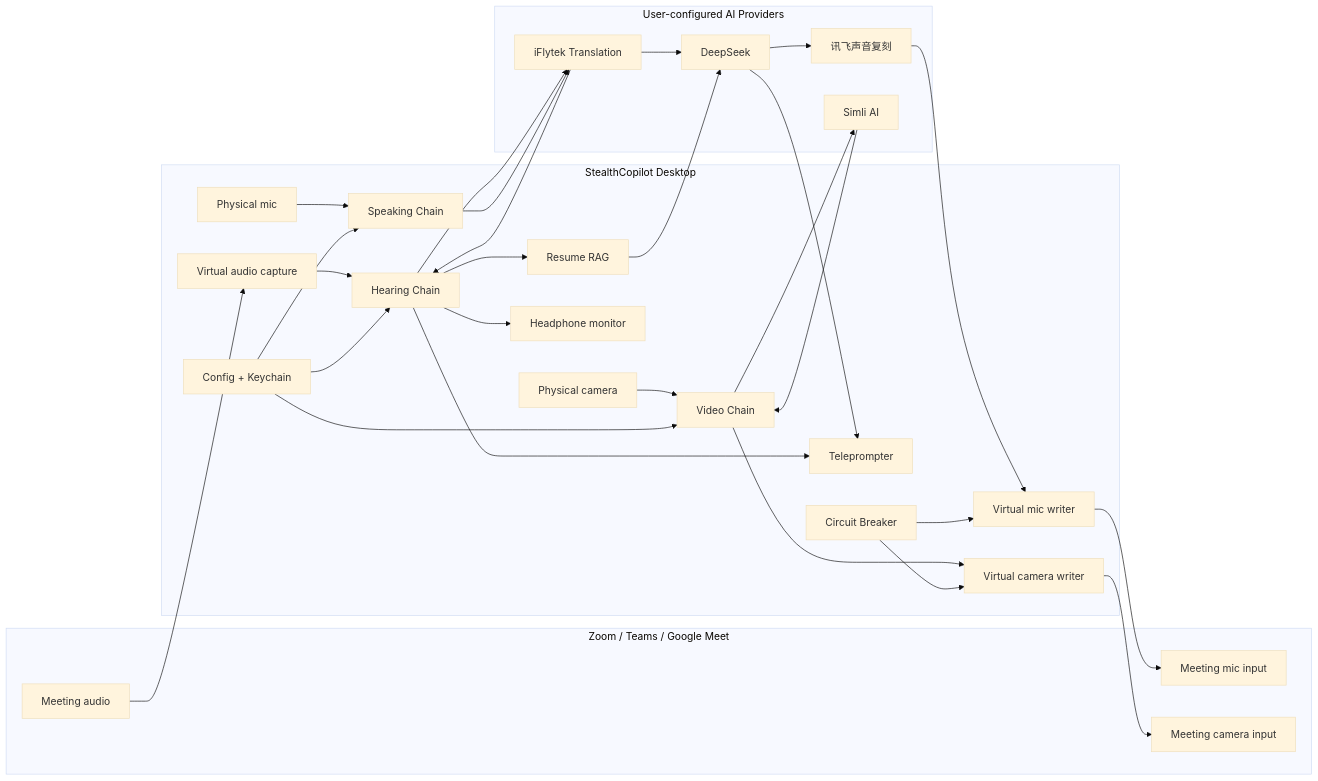
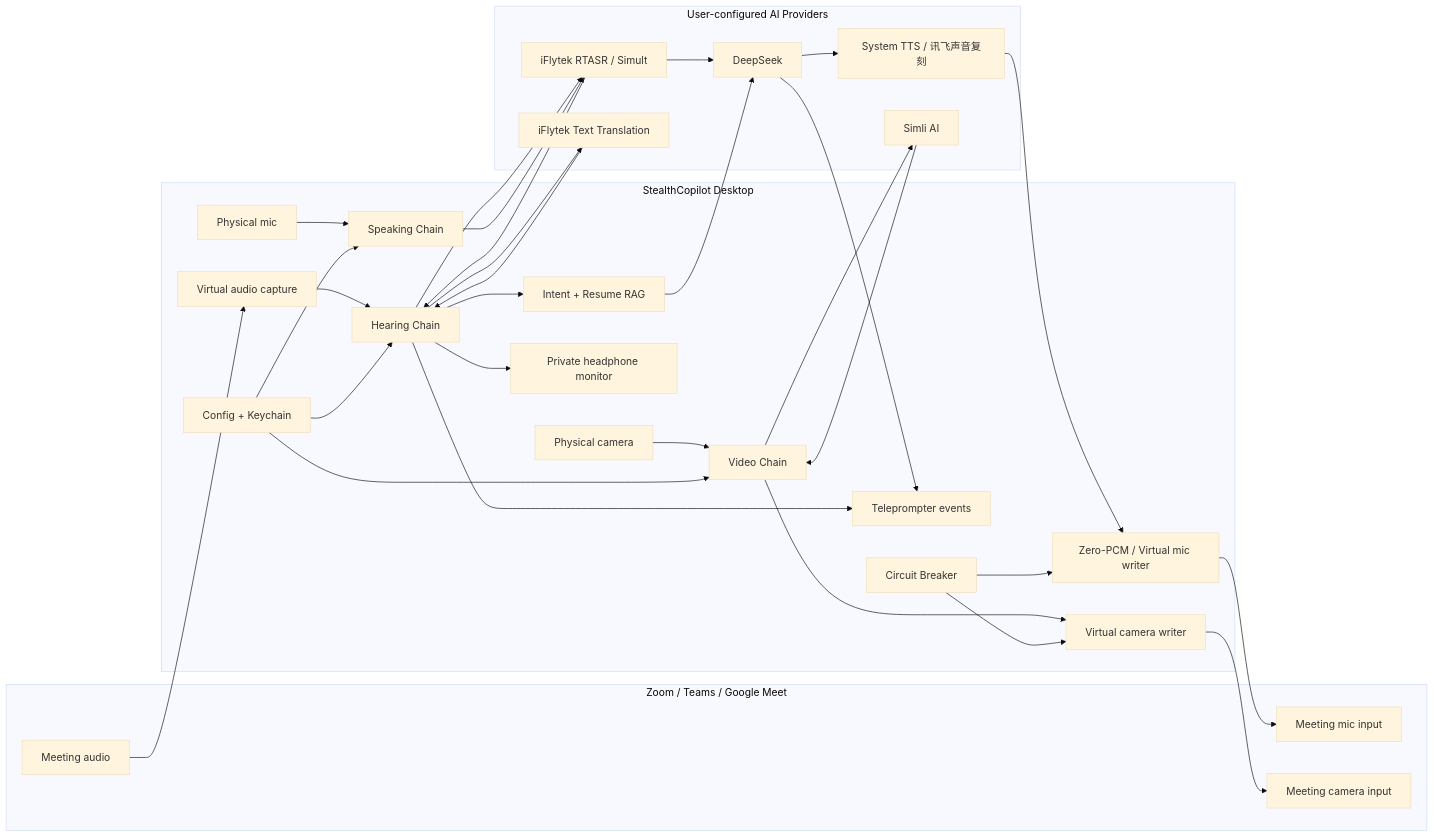
The diagram in README.md (zhaoyta/StealthCopilot), drawn with Mermaid (base theme) before and after one commit. The commit also changed other lines of this file and 59 other files, not shown here.

````diff
--- a/README.md
+++ b/README.md
@@ -62,45 +62,47 @@
 ```mermaid
 flowchart LR
   subgraph Meeting["Zoom / Teams / Google Meet"]
     A1["Meeting audio"]
     A2["Meeting mic input"]
     A3["Meeting camera input"]
   end
 
   subgraph Local["StealthCopilot Desktop"]
     B1["Virtual audio capture"]
     B2["Hearing Chain"]
-    B3["Resume RAG"]
-    B4["Teleprompter"]
-    B5["Headphone monitor"]
+    B3["Intent + Resume RAG"]
+    B4["Teleprompter events"]
+    B5["Private headphone monitor"]
     C1["Physical mic"]
     C2["Speaking Chain"]
-    C3["Virtual mic writer"]
+    C3["Zero-PCM / Virtual mic writer"]
     D1["Physical camera"]
     D2["Video Chain"]
     D3["Virtual camera writer"]
     E1["Config + Keychain"]
     E2["Circuit Breaker"]
   end
 
   subgraph Cloud["User-configured AI Providers"]
-    X1["iFlytek Translation"]
+    X1["iFlytek RTASR / Simult"]
+    X5["iFlytek Text Translation"]
     X2["DeepSeek"]
-    X3["讯飞声音复刻"]
+    X3["System TTS / 讯飞声音复刻"]
     X4["Simli AI"]
   end
 
   A1 --> B1 --> B2 --> X1
+  B2 --> X5 --> B2
   X1 --> B2 --> B4
   B2 --> B5
   B2 --> B3 --> X2 --> B4
 
   C1 --> C2 --> X1 --> X2 --> X3 --> C3 --> A2
   D1 --> D2 --> X4 --> D2 --> D3 --> A3
 
   E1 --> B2
   E1 --> C2
   E1 --> D2
   E2 --> C3
   E2 --> D3
 ```
````
